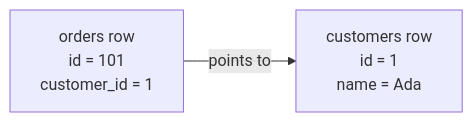
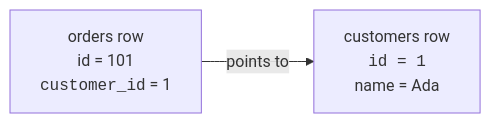
One commit to dataslope/dataslope changed the second of 4 diagrams in content/learn/sqlite-for-beginners/foreign-keys.mdx. Above: the diagram before and after it, drawn with Mermaid. The commit also changed other lines of this file and 218 other files, not shown here.

First line of the commit message:
Render code-only mermaid shapes in monospace; convert step sequences to Steps (#467)

````diff
--- a/content/learn/sqlite-for-beginners/foreign-keys.mdx
+++ b/content/learn/sqlite-for-beginners/foreign-keys.mdx
@@ -28,4 +28,4 @@
 ```mermaid
 flowchart LR
-    O["orders row<br/>id = 101<br/>customer_id = 1"] -->|"points to"| C["customers row<br/>id = 1<br/>name = Ada"]
+    O["orders row<br/>id = 101<br/><code>customer_id</code> = 1"] -->|"points to"| C["customers row<br/><code>id = 1</code><br/>name = Ada"]
 ```
````
